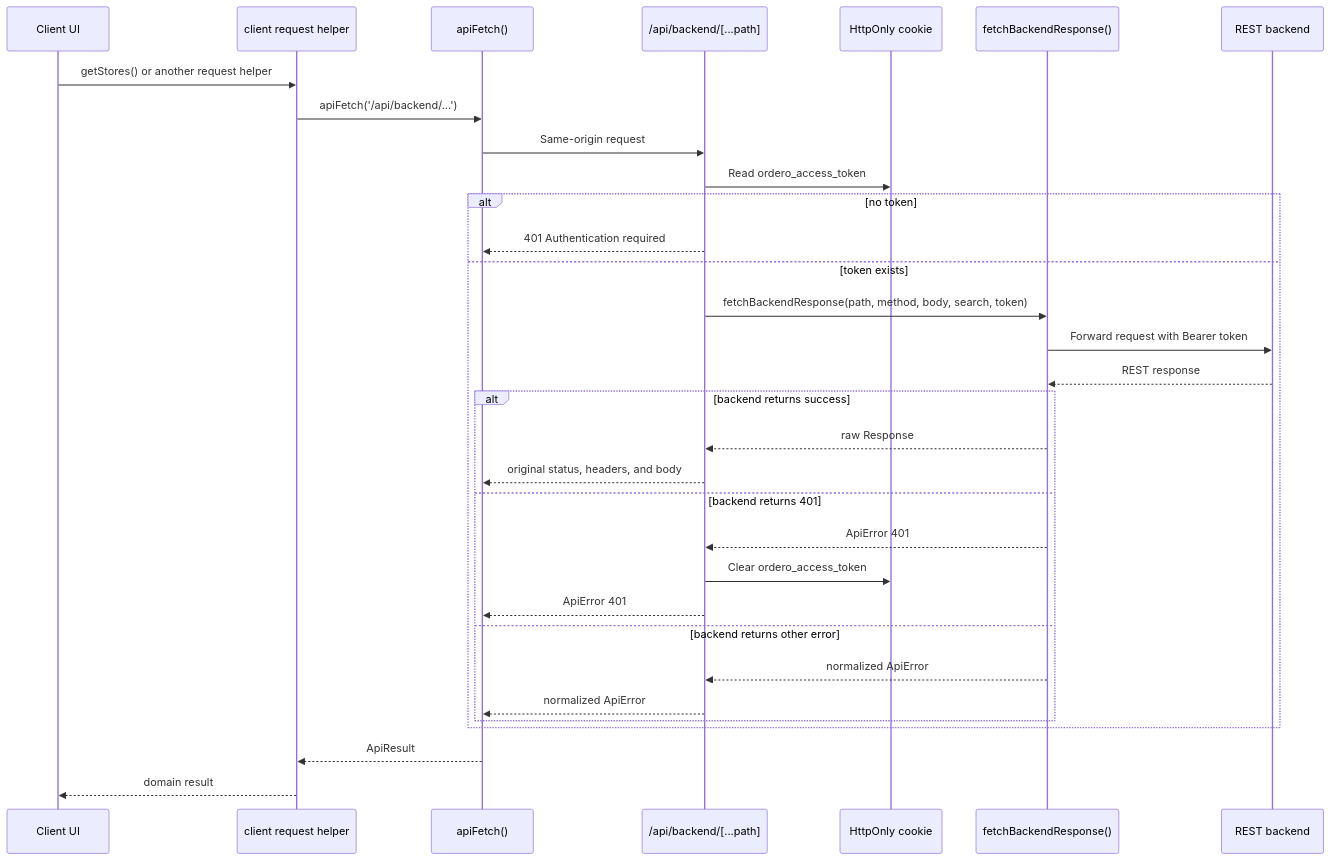
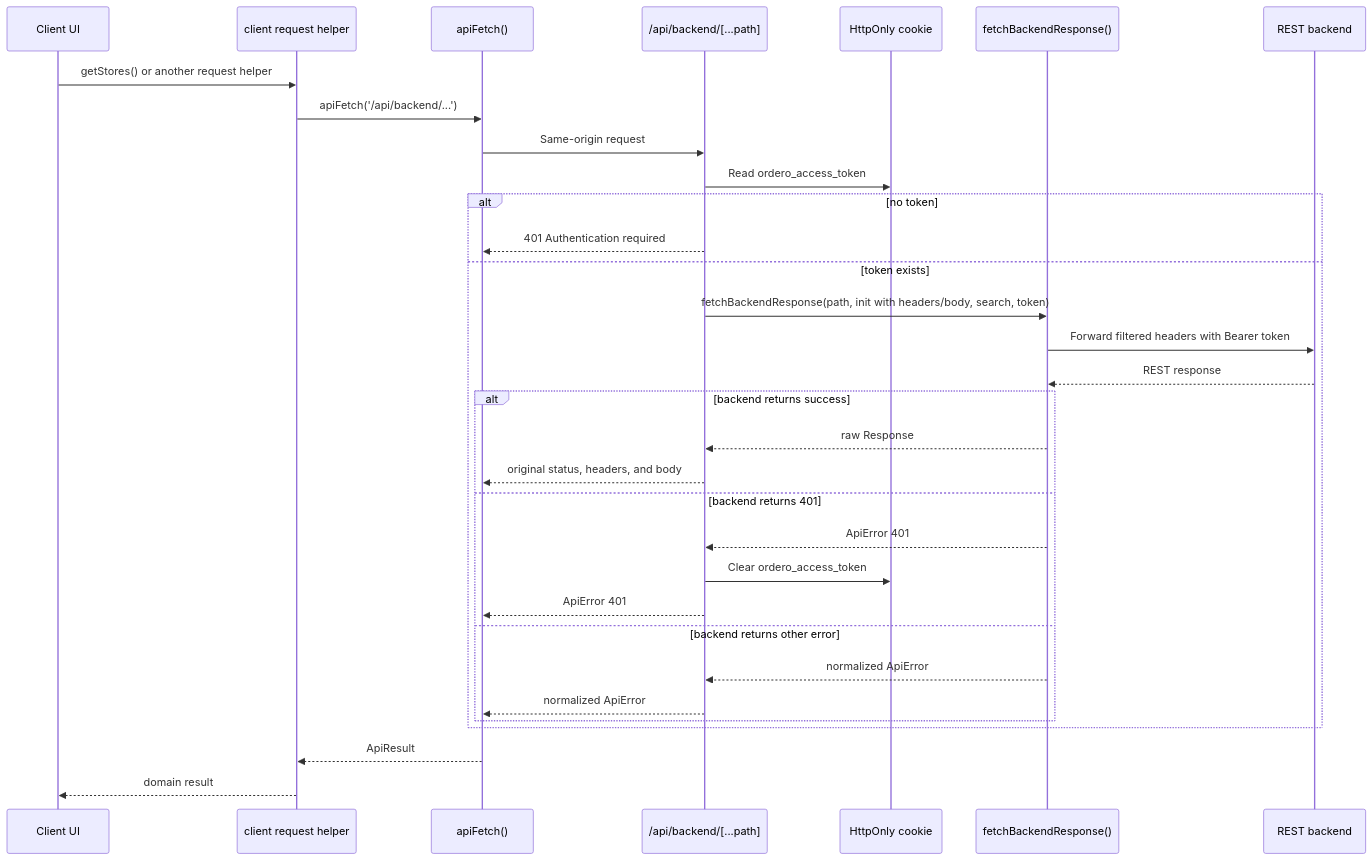
One commit to ordero-biz/monorepo changed the fifth of 8 diagrams in docs/http-auth.md. Above: the diagram before and after it, drawn with Mermaid. The commit also changed other lines of this file and 16 other files, not shown here.

````diff
--- a/docs/http-auth.md
+++ b/docs/http-auth.md
@@ -224,35 +224,35 @@
 ```mermaid
 sequenceDiagram
   participant UI as Client UI
   participant Helper as client request helper
   participant Fetch as apiFetch()
   participant Proxy as /api/backend/[...path]
   participant Cookie as HttpOnly cookie
   participant Server as fetchBackendResponse()
   participant Backend as REST backend
 
   UI->>Helper: getStores() or another request helper
   Helper->>Fetch: apiFetch('/api/backend/...')
   Fetch->>Proxy: Same-origin request
   Proxy->>Cookie: Read ordero_access_token
   alt no token
     Proxy-->>Fetch: 401 Authentication required
   else token exists
-    Proxy->>Server: fetchBackendResponse(path, method, body, search, token)
-    Server->>Backend: Forward request with Bearer token
+    Proxy->>Server: fetchBackendResponse(path, init with headers/body, search, token)
+    Server->>Backend: Forward filtered headers with Bearer token
     Backend-->>Server: REST response
     alt backend returns success
       Server-->>Proxy: raw Response
       Proxy-->>Fetch: original status, headers, and body
     else backend returns 401
       Server-->>Proxy: ApiError 401
       Proxy->>Cookie: Clear ordero_access_token
       Proxy-->>Fetch: ApiError 401
     else backend returns other error
       Server-->>Proxy: normalized ApiError
       Proxy-->>Fetch: normalized ApiError
     end
   end
   Fetch-->>Helper: ApiResult
   Helper-->>UI: domain result
 ```
````
